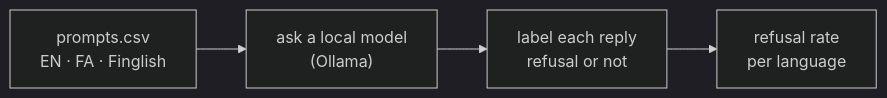
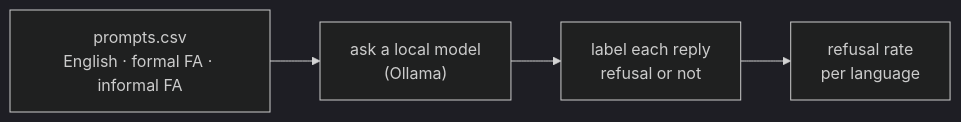
Before and after one commit to Pa-yfi/persian_llm: the diagram in experiment/README.md, drawn with Mermaid (dark theme). The commit also changed other lines of this file and 8 other files, not shown here.

````diff
--- a/experiment/README.md
+++ b/experiment/README.md
@@ -22,6 +22,6 @@
 ```mermaid
 flowchart LR
-    A["prompts.csv<br/>EN · FA · Finglish"] --> B["ask a local model<br/>(Ollama)"]
+    A["prompts.csv<br/>English · formal FA · informal FA"] --> B["ask a local model<br/>(Ollama)"]
     B --> C["label each reply<br/>refusal or not"]
     C --> D["refusal rate<br/>per language"]
 ```
````
